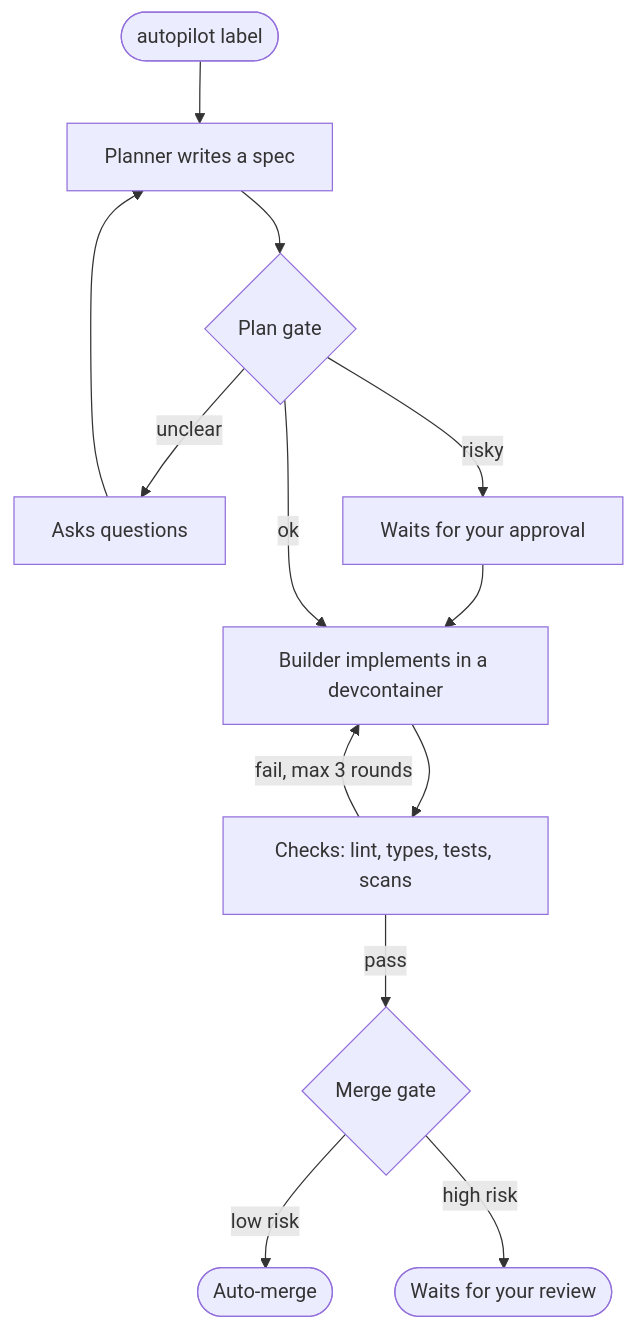
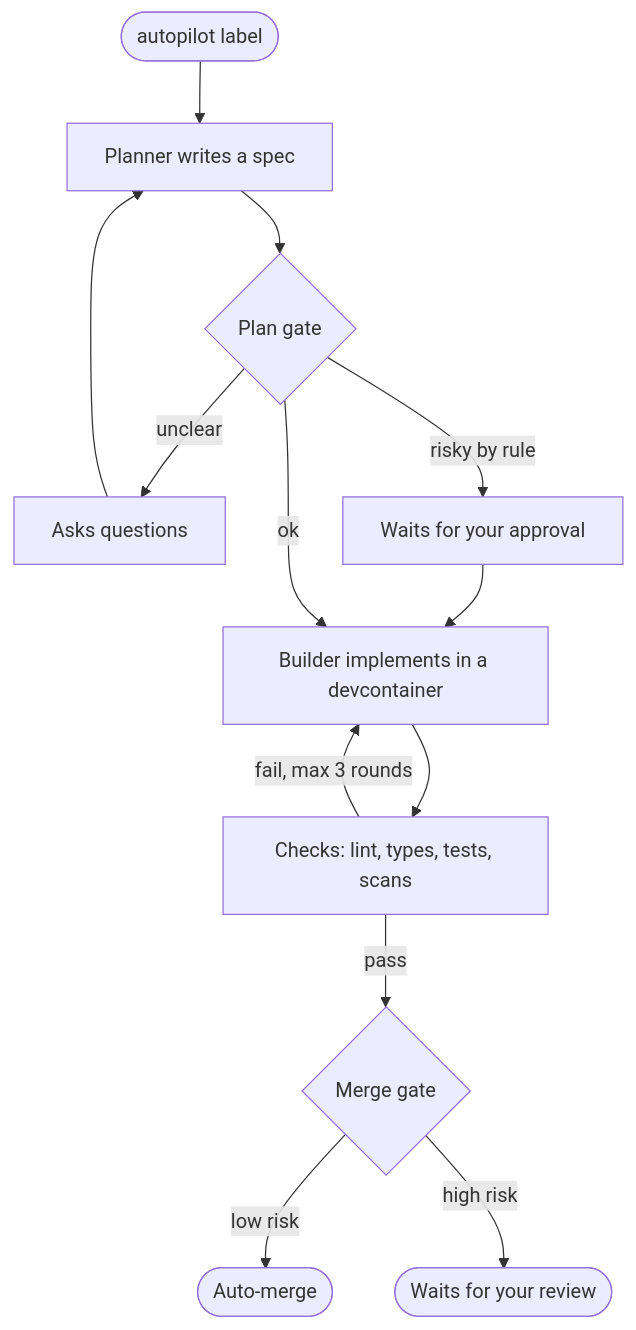
One commit to marcaureln/autopilot changed the diagram in README.md. Above: the diagram before and after it, drawn with Mermaid. The commit also changed other lines of this file and 4 other files, not shown here.

````diff
--- a/README.md
+++ b/README.md
@@ -62,13 +62,13 @@
 ```mermaid
 flowchart TB
     A([autopilot label]) --> S[Planner writes a spec]
     S --> PG{Plan gate}
     PG -- unclear --> Q[Asks questions] --> S
-    PG -- risky --> P[Waits for your approval] --> B
+    PG -- risky by rule --> P[Waits for your approval] --> B
     PG -- ok --> B[Builder implements in a devcontainer]
     B --> C[Checks: lint, types, tests, scans]
     C -- fail, max 3 rounds --> B
     C -- pass --> MG{Merge gate}
     MG -- low risk --> M([Auto-merge])
     MG -- high risk --> R([Waits for your review])
 ```
````
